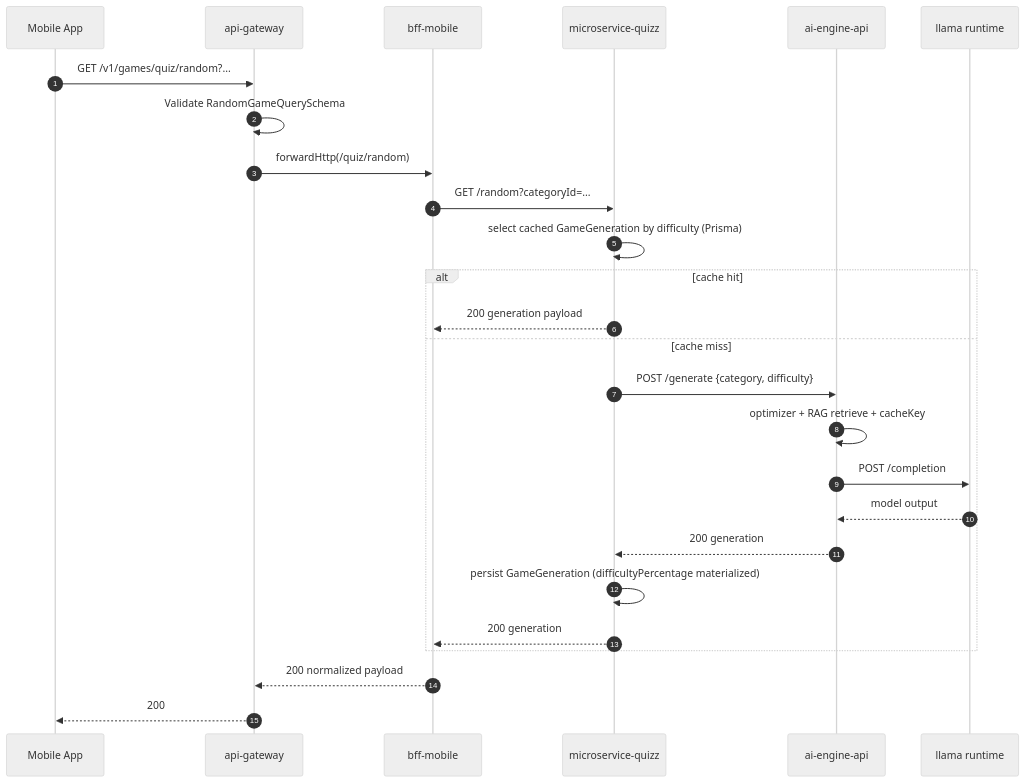
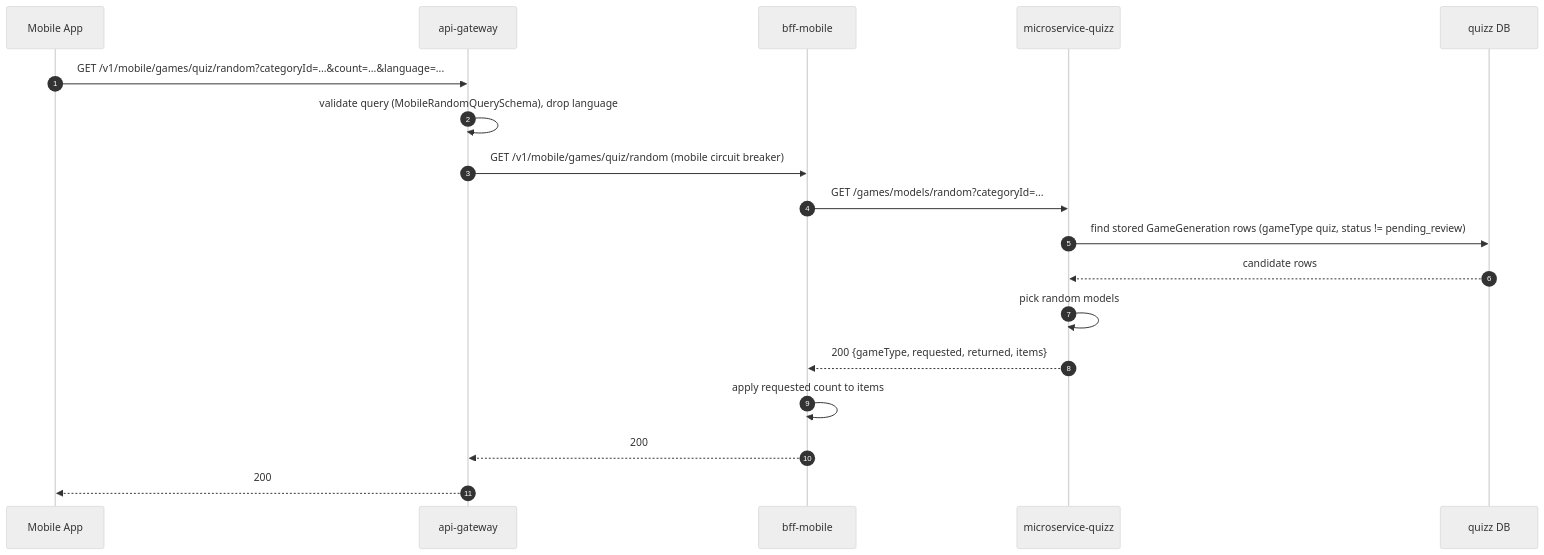
One commit to AxiomNode/docs changed the first of 7 diagrams in architecture/key-sequence-flows.md. Above: the diagram before and after it, drawn with Mermaid (neutral theme). The commit also changed other lines of this file and 12 other files, not shown here.

First line of the commit message:
docs(architecture): align flows, topology and contract claims with code on main (#11)

````diff
--- a/architecture/key-sequence-flows.md
+++ b/architecture/key-sequence-flows.md
@@ -9,29 +13,21 @@
 ```mermaid
 sequenceDiagram
   autonumber
   participant App as Mobile App
   participant GW as api-gateway
   participant BFF as bff-mobile
   participant Q as microservice-quizz
-  participant AI as ai-engine-api
-  participant L as llama runtime
+  participant DB as quizz DB
 
-  App->>GW: GET /v1/games/quiz/random?...
-  GW->>GW: Validate RandomGameQuerySchema
-  GW->>BFF: forwardHttp(/quiz/random)
-  BFF->>Q: GET /random?categoryId=...
-  Q->>Q: select cached GameGeneration by difficulty (Prisma)
-  alt cache hit
-    Q-->>BFF: 200 generation payload
-  else cache miss
-    Q->>AI: POST /generate {category, difficulty}
-    AI->>AI: optimizer + RAG retrieve + cacheKey
-    AI->>L: POST /completion
-    L-->>AI: model output
-    AI-->>Q: 200 generation
-    Q->>Q: persist GameGeneration (difficultyPercentage materialized)
-    Q-->>BFF: 200 generation
-  end
-  BFF-->>GW: 200 normalized payload
+  App->>GW: GET /v1/mobile/games/quiz/random?categoryId=...&count=...&language=...
+  GW->>GW: validate query (MobileRandomQuerySchema), drop language
+  GW->>BFF: GET /v1/mobile/games/quiz/random (mobile circuit breaker)
+  BFF->>Q: GET /games/models/random?categoryId=...
+  Q->>DB: find stored GameGeneration rows (gameType quiz, status != pending_review)
+  DB-->>Q: candidate rows
+  Q->>Q: pick random models
+  Q-->>BFF: 200 {gameType, requested, returned, items}
+  BFF->>BFF: apply requested count to items
+  BFF-->>GW: 200
   GW-->>App: 200
 ```
````
